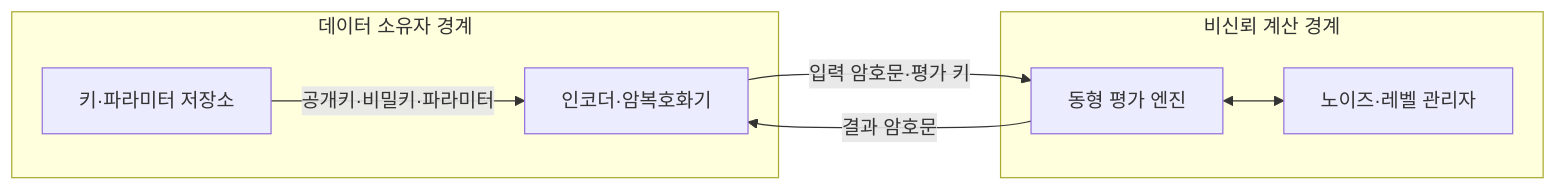
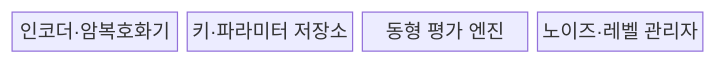
Before and after one commit to agnusdei1207/knowledge-base: the first of 2 diagrams in src/content/docs/notes/05-security/015_homomorphic_encryption.md, drawn with Mermaid. The commit also changed other lines of this file and 22 other files, not shown here.

````diff
--- a/src/content/docs/notes/05-security/015_homomorphic_encryption.md
+++ b/src/content/docs/notes/05-security/015_homomorphic_encryption.md
@@ -64,15 +65,8 @@
 ```mermaid
-flowchart LR
-    subgraph O["데이터 소유자 경계"]
-        E["인코더·암복호화기"]
-        K["키·파라미터 저장소"]
-        K -->|"공개키·비밀키·파라미터"| E
-    end
-    subgraph U["비신뢰 계산 경계"]
-        V["동형 평가 엔진"]
-        N["노이즈·레벨 관리자"]
-        V <--> N
-    end
-    E -->|"입력 암호문·평가 키"| V
-    V -->|"결과 암호문"| E
+block-beta
+    columns 4
+    E["인코더·암복호화기"]
+    K["키·파라미터 저장소"]
+    V["동형 평가 엔진"]
+    N["노이즈·레벨 관리자"]
 ```
````
